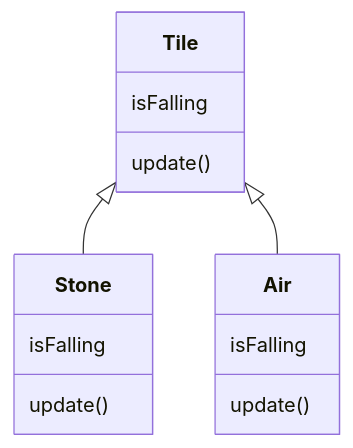
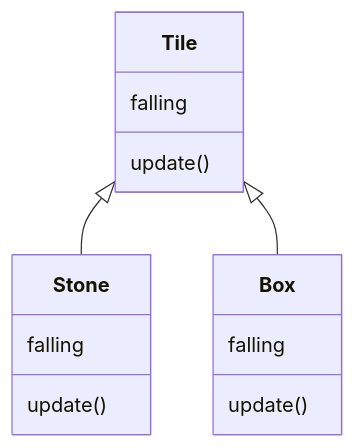
Before and after one commit to NoobTechNote/NoobTechNote.github.io: the first of 4 diagrams in docs/sg/five-lines-of-code/ch5.mdx, drawn with Mermaid. The commit also changed other lines of this file, not shown here.

````diff
--- a/docs/sg/five-lines-of-code/ch5.mdx
+++ b/docs/sg/five-lines-of-code/ch5.mdx
@@ -681,17 +688,17 @@
 ```mermaid
 classDiagram
   class Tile
-    Tile: isFalling
+    Tile: falling
     Tile: update()
 
   class Stone
-    Stone: isFalling
+    Stone: falling
     Stone: update()
 
-  class Air
-    Air: isFalling
-    Air: update()
+  class Box
+    Box: falling
+    Box: update()
 
   Tile <|-- Stone
-  Tile <|-- Air
+  Tile <|-- Box
 ```
````
